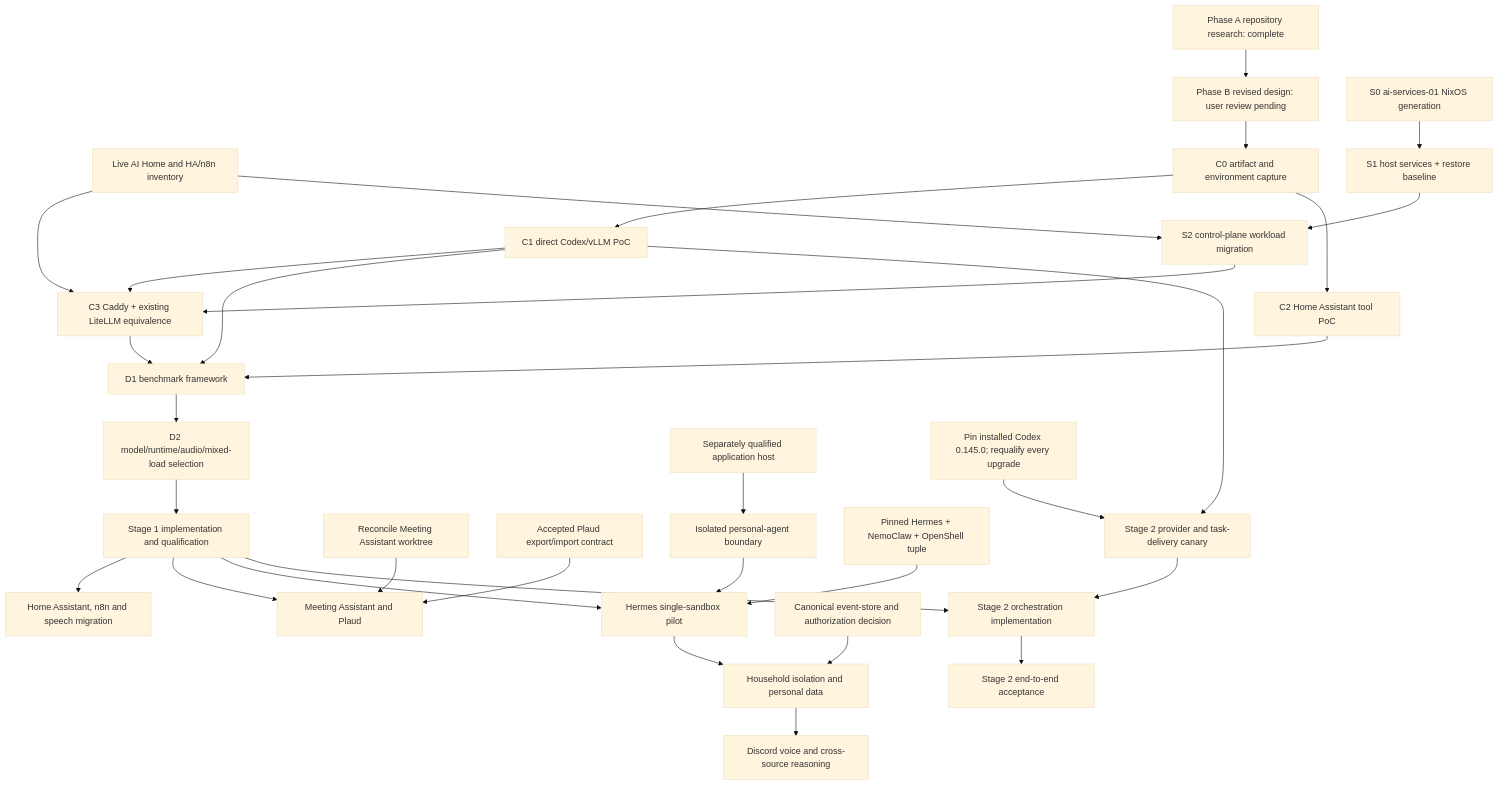
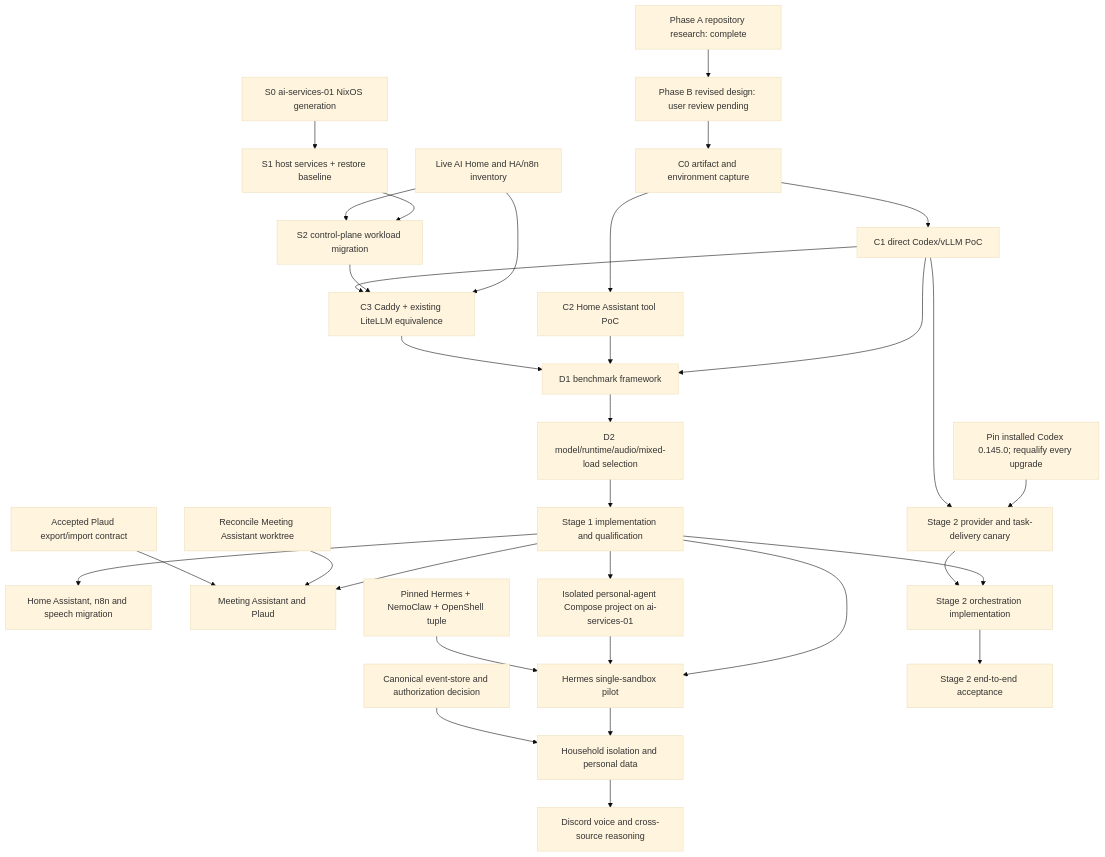
Before and after one commit to madslundt/HomeCompute: the first of 3 diagrams in docs/dependency-graph.md, drawn with Mermaid (base theme). The commit also changed other lines of this file and 23 other files, not shown here.

First line of the commit message:
feat: consolidate application workloads onto ai-services-01

````diff
--- a/docs/dependency-graph.md
+++ b/docs/dependency-graph.md
@@ -7,35 +7,35 @@
 ```mermaid
 flowchart TD
     A[Phase A repository research: complete] --> B[Phase B revised design: user review pending]
     Inventory[Live AI Home and HA/n8n inventory] --> C3
     S0[S0 ai-services-01 NixOS generation] --> S1[S1 host services + restore baseline]
     S1 --> S2[S2 control-plane workload migration]
     Inventory --> S2
     S2 --> C3
     B --> C0[C0 artifact and environment capture]
     C0 --> C1[C1 direct Codex/vLLM PoC]
     C0 --> C2[C2 Home Assistant tool PoC]
     C1 --> C3[C3 Caddy + existing LiteLLM equivalence]
     C1 --> D1[D1 benchmark framework]
     C2 --> D1
     C3 --> D1
     D1 --> D2[D2 model/runtime/audio/mixed-load selection]
     D2 --> E[Stage 1 implementation and qualification]
     E --> G[Home Assistant, n8n and speech migration]
     E --> H[Meeting Assistant and Plaud]
     MeetingBaseline[Reconcile Meeting Assistant worktree] --> H
     PlaudContract[Accepted Plaud export/import contract] --> H
     E --> I[Hermes single-sandbox pilot]
-    AppHost[Separately qualified application host] --> AgentHost[Isolated personal-agent boundary]
+    E --> AgentHost[Isolated personal-agent Compose project on ai-services-01]
     AgentHost --> I
     HermesTuple[Pinned Hermes + NemoClaw + OpenShell tuple] --> I
     I --> J[Household isolation and personal data]
     PersonalStore[Canonical event-store and authorization decision] --> J
     J --> Voice[Discord voice and cross-source reasoning]
 
     Version[Pin installed Codex 0.145.0; requalify every upgrade] --> F0[Stage 2 provider and task-delivery canary]
     C1 --> F0
     E --> F1[Stage 2 orchestration implementation]
     F0 --> F1
     F1 --> F2[Stage 2 end-to-end acceptance]
 ```
````
